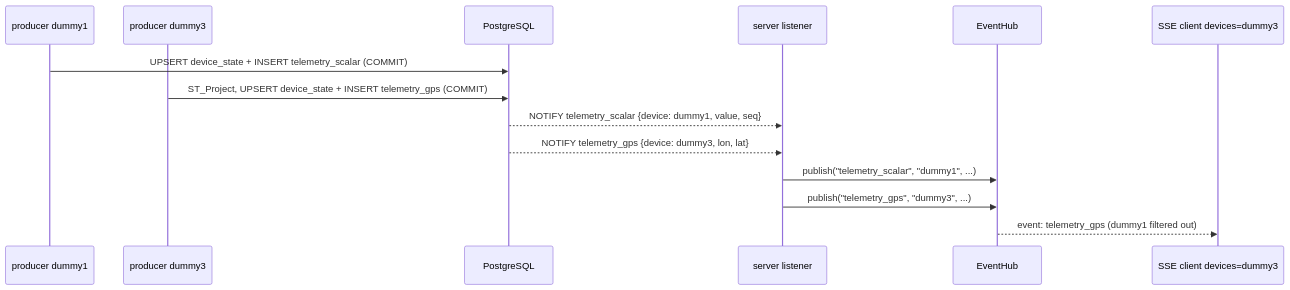
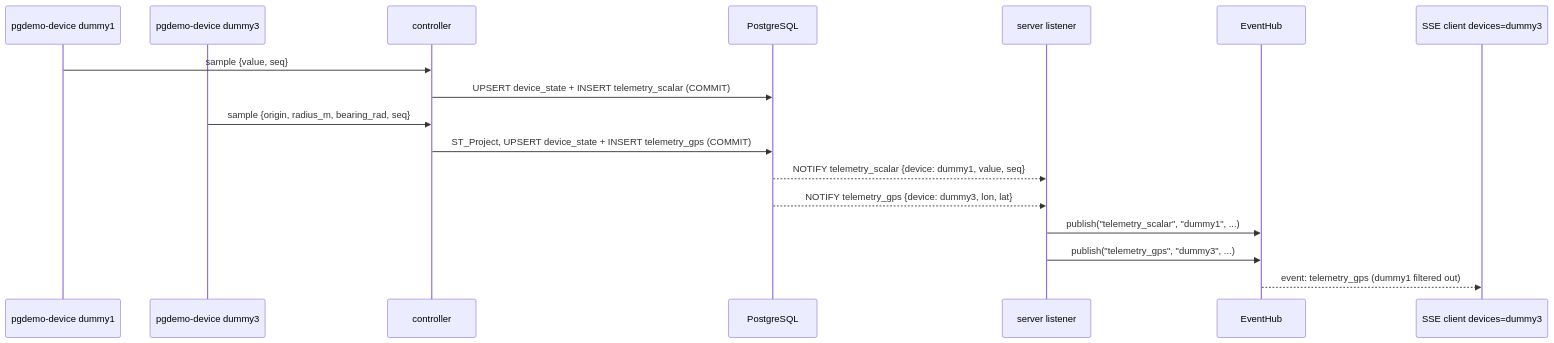
Before and after one commit to jgmatu/postgresql: the second of 4 diagrams in docs/ARCHITECTURE.md, drawn with Mermaid. The commit also changed other lines of this file and 72 other files, not shown here.

````diff
--- a/docs/ARCHITECTURE.md
+++ b/docs/ARCHITECTURE.md
@@ -91,16 +95,19 @@
 ```mermaid
 sequenceDiagram
-    participant P1 as producer dummy1
-    participant P3 as producer dummy3
+    participant P1 as pgdemo-device dummy1
+    participant P3 as pgdemo-device dummy3
+    participant C as controller
     participant PG as PostgreSQL
     participant L as server listener
     participant H as EventHub
     participant B as SSE client devices=dummy3
-    P1->>PG: UPSERT device_state + INSERT telemetry_scalar (COMMIT)
-    P3->>PG: ST_Project, UPSERT device_state + INSERT telemetry_gps (COMMIT)
+    P1->>C: sample {value, seq}
+    C->>PG: UPSERT device_state + INSERT telemetry_scalar (COMMIT)
+    P3->>C: sample {origin, radius_m, bearing_rad, seq}
+    C->>PG: ST_Project, UPSERT device_state + INSERT telemetry_gps (COMMIT)
     PG-->>L: NOTIFY telemetry_scalar {device: dummy1, value, seq}
     PG-->>L: NOTIFY telemetry_gps {device: dummy3, lon, lat}
     L->>H: publish("telemetry_scalar", "dummy1", ...)
     L->>H: publish("telemetry_gps", "dummy3", ...)
     H-->>B: event: telemetry_gps (dummy1 filtered out)
 ```
````
